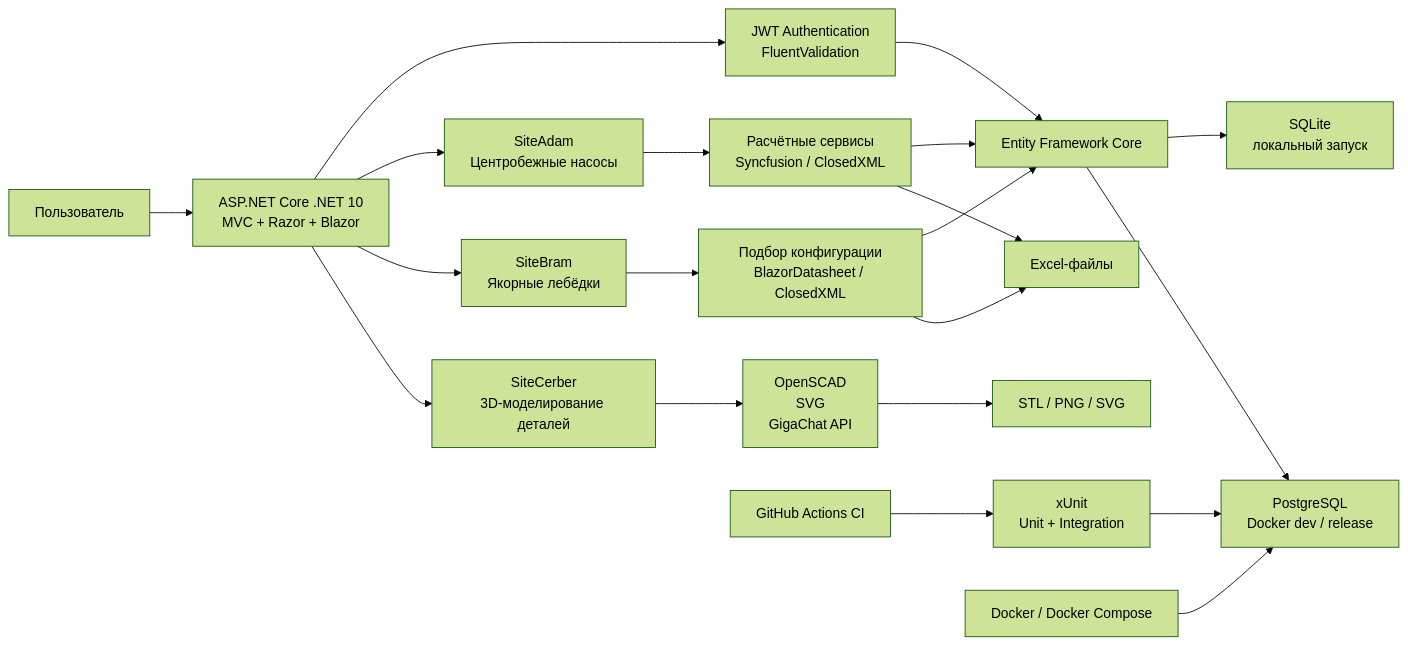
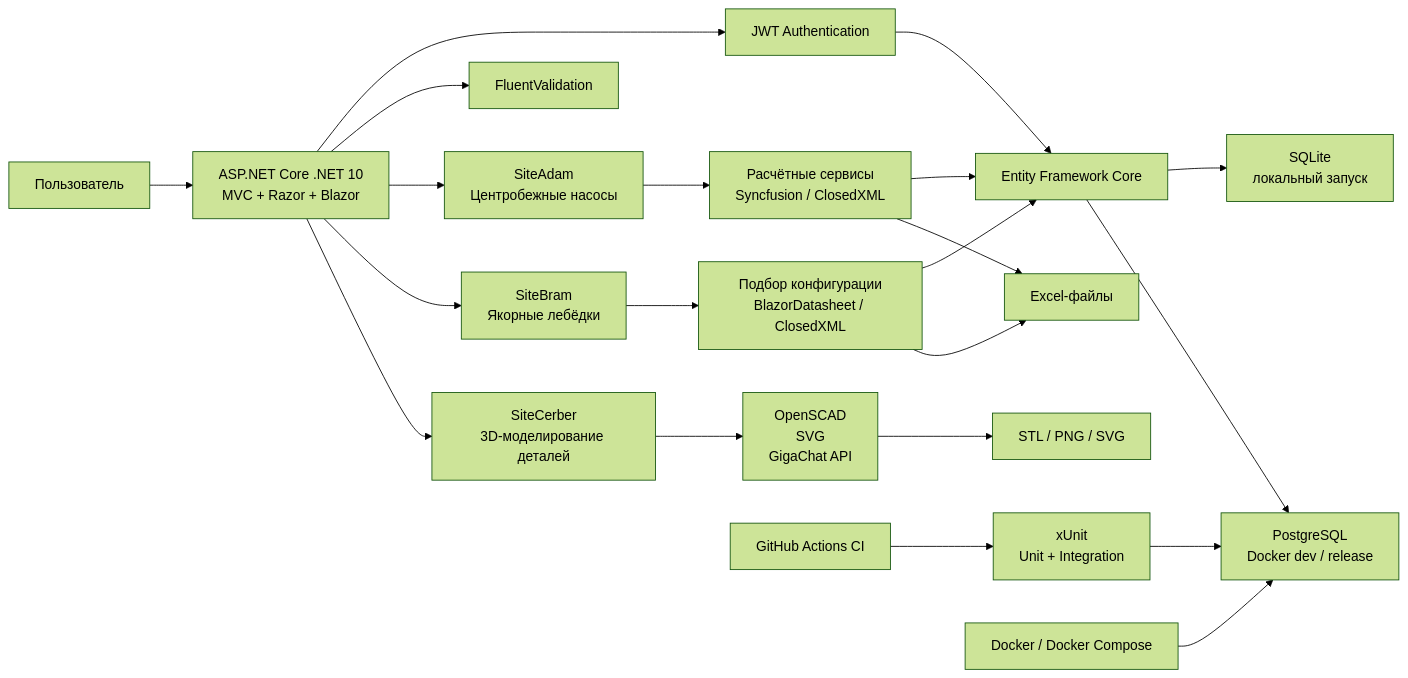
The diagram in docs/architecture-presentation.md (Green-rosee/WebAppDiplomaVbu421Zero), drawn with Mermaid (forest theme) before and after one commit.

Commit message:
Update architecture-presentation.md
Tree Update

````diff
--- a/docs/architecture-presentation.md
+++ b/docs/architecture-presentation.md
@@ -3,33 +3,34 @@
 ```mermaid
 flowchart LR
 
     User["Пользователь"]
 
     User --> Web["ASP.NET Core .NET 10<br/>MVC + Razor + Blazor"]
 
-    Web --> Auth["JWT Authentication<br/>FluentValidation"]
+    Web --> Auth["JWT Authentication"]
+    Web --> Validation["FluentValidation"]
 
     Web --> Adam["SiteAdam<br/>Центробежные насосы"]
     Web --> Bram["SiteBram<br/>Якорные лебёдки"]
     Web --> Cerber["SiteCerber<br/>3D-моделирование деталей"]
 
     Adam --> AdamServices["Расчётные сервисы<br/>Syncfusion / ClosedXML"]
     Bram --> BramServices["Подбор конфигурации<br/>BlazorDatasheet / ClosedXML"]
     Cerber --> CerberServices["OpenSCAD<br/>SVG<br/>GigaChat API"]
 
     AdamServices --> Data["Entity Framework Core"]
     BramServices --> Data
     Auth --> Data
 
     Data --> SQLite["SQLite<br/>локальный запуск"]
     Data --> PostgreSQL["PostgreSQL<br/>Docker dev / release"]
 
     CerberServices --> Files["STL / PNG / SVG"]
     AdamServices --> Excel["Excel-файлы"]
     BramServices --> Excel
 
     CI["GitHub Actions CI"] --> Tests["xUnit<br/>Unit + Integration"]
     Tests --> PostgreSQL
 
     Docker["Docker / Docker Compose"] --> PostgreSQL
 ```
````
